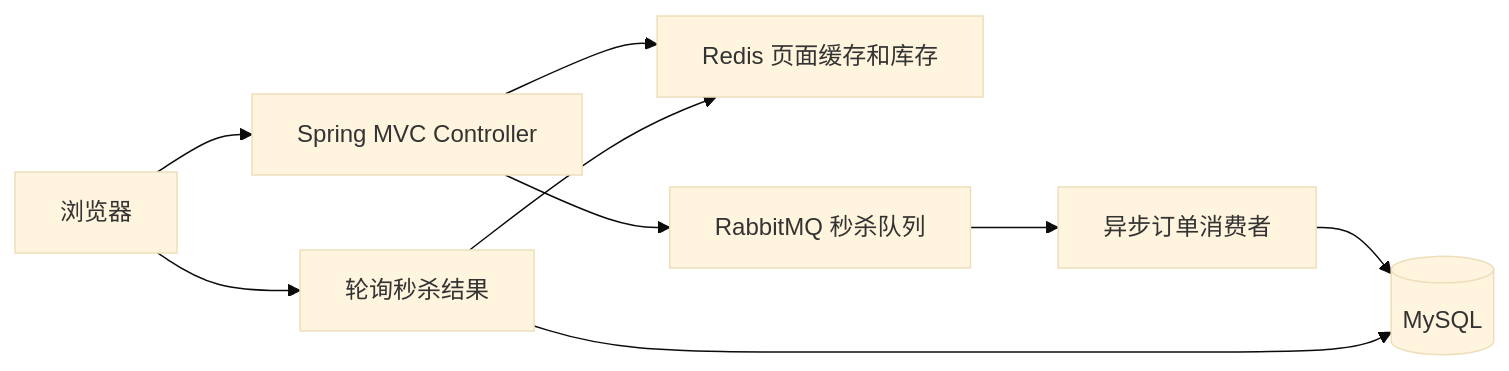
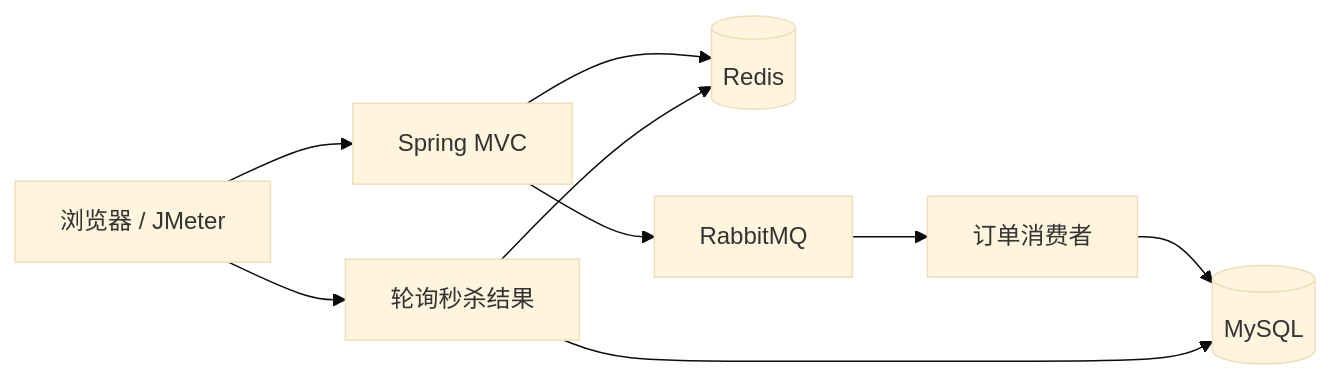
One commit to zizi-haha/seckilldemo changed the diagram in README.md. Above: the diagram before and after it, drawn with Mermaid (base theme). The commit also changed other lines of this file and 14 other files, not shown here.

````diff
--- a/README.md
+++ b/README.md
@@ -33,11 +38,11 @@
 ```mermaid
 flowchart LR
-    A[浏览器] --> B[Spring MVC Controller]
-    B --> C[Redis 页面缓存和库存]
-    B --> D[RabbitMQ 秒杀队列]
-    D --> E[异步订单消费者]
+    A[浏览器 / JMeter] --> B[Spring MVC]
+    B --> C[(Redis)]
+    B --> D[RabbitMQ]
+    D --> E[订单消费者]
     E --> F[(MySQL)]
     A --> G[轮询秒杀结果]
+    G --> C
     G --> F
-    G --> C
 ```
````
